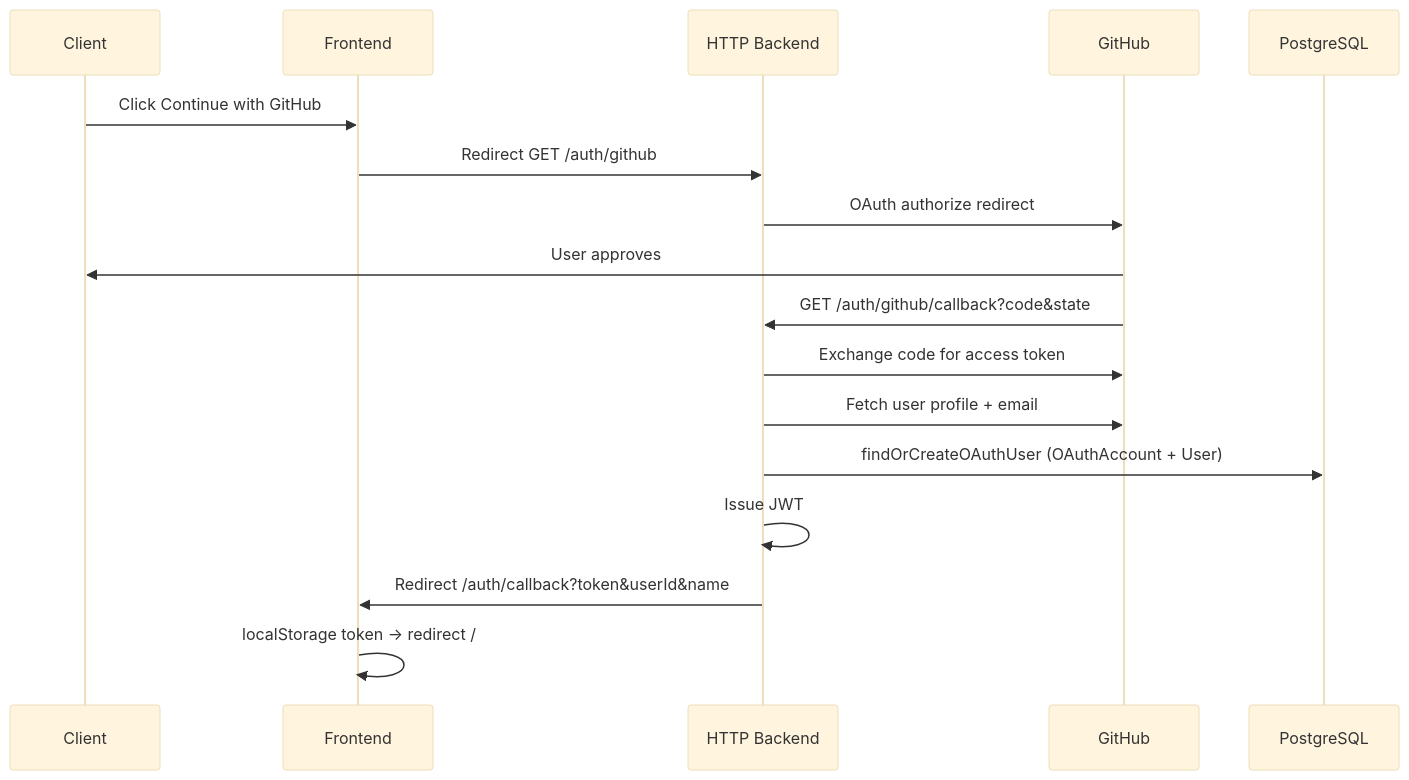
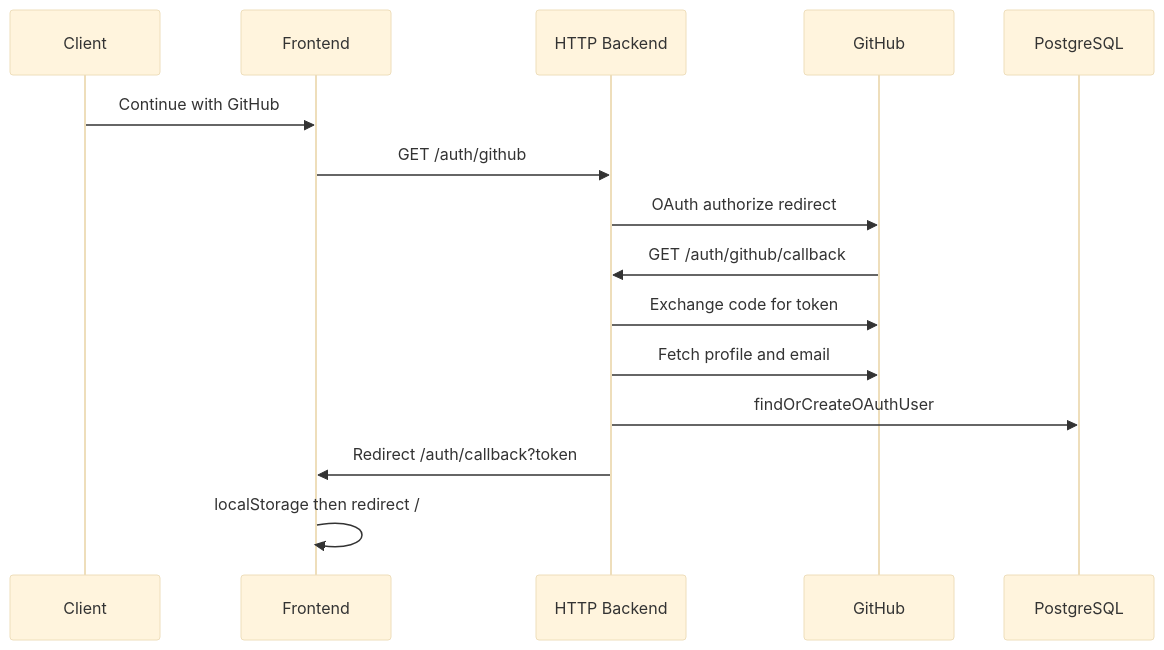
Before and after one commit to shivamkr082003/draw-app: the eighth of 12 diagrams in README.md, drawn with Mermaid (base theme). The commit also changed other lines of this file, not shown here.

Commit message:
docs: improve README and diagrams

````diff
--- a/README.md
+++ b/README.md
@@ -281,20 +338,18 @@
 ```mermaid
 sequenceDiagram
     participant C as Client
     participant FE as Frontend
     participant H as HTTP Backend
     participant GH as GitHub
     participant P as PostgreSQL
 
-    C->>FE: Click Continue with GitHub
-    FE->>H: Redirect GET /auth/github
+    C->>FE: Continue with GitHub
+    FE->>H: GET /auth/github
     H->>GH: OAuth authorize redirect
-    GH->>C: User approves
-    GH->>H: GET /auth/github/callback?code&state
-    H->>GH: Exchange code for access token
-    H->>GH: Fetch user profile + email
-    H->>P: findOrCreateOAuthUser (OAuthAccount + User)
-    H->>H: Issue JWT
-    H->>FE: Redirect /auth/callback?token&userId&name
-    FE->>FE: localStorage token → redirect /
+    GH->>H: GET /auth/github/callback
+    H->>GH: Exchange code for token
+    H->>GH: Fetch profile and email
+    H->>P: findOrCreateOAuthUser
+    H->>FE: Redirect /auth/callback?token
+    FE->>FE: localStorage then redirect /
 ```
````
